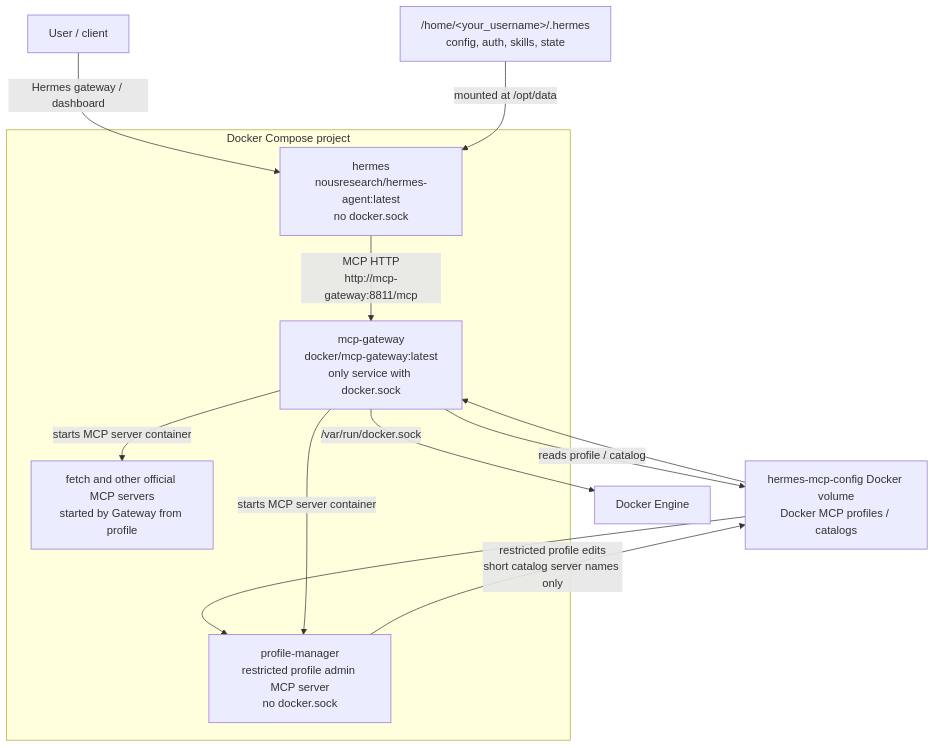
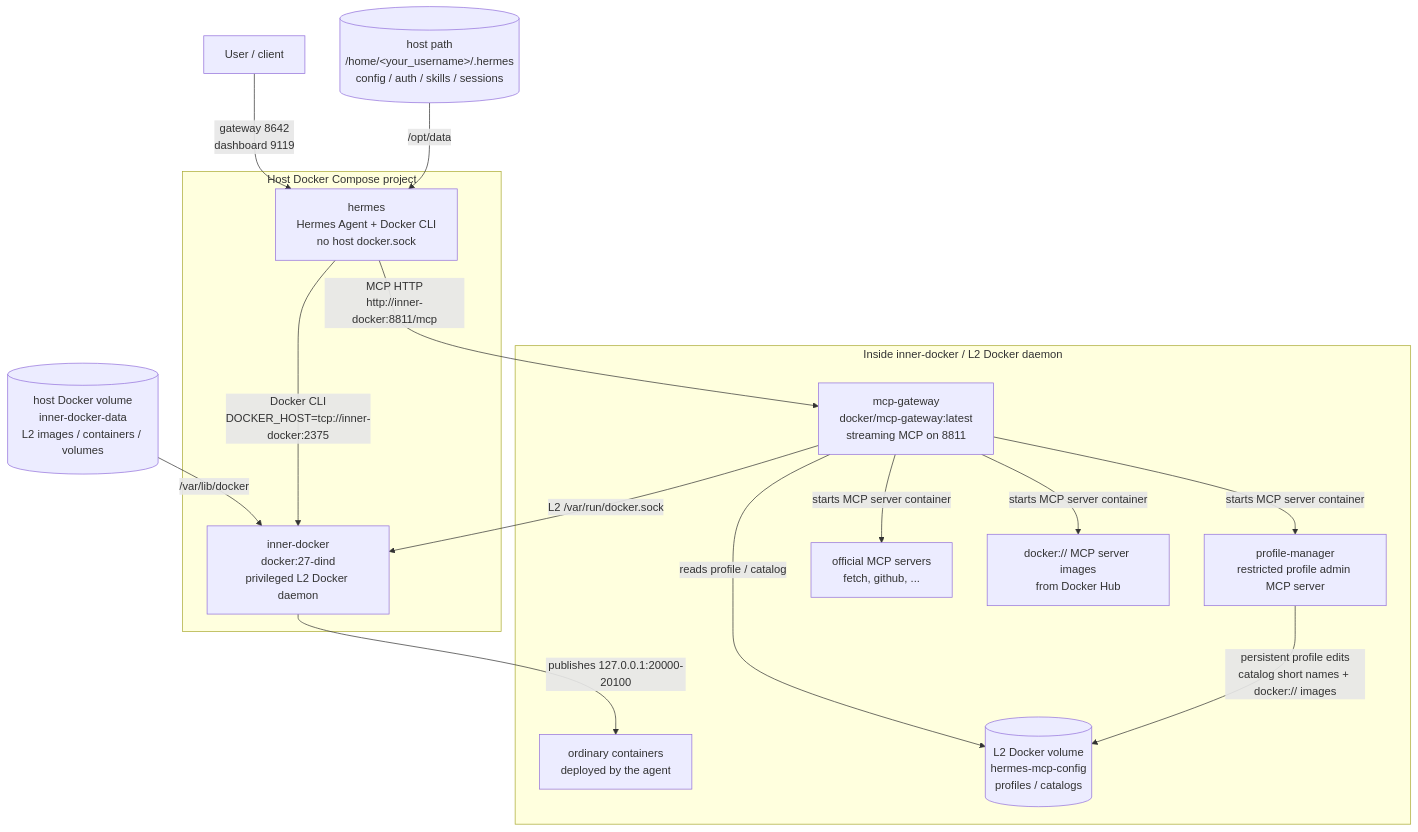
One commit to sekai-dev-team/hermes-docker-deployment changed the diagram in README.md. Above: the diagram before and after it, drawn with Mermaid. The commit also changed other lines of this file and 16 other files, not shown here.

Commit message:
feat: move deployment to inner docker gateway

````diff
--- a/README.md
+++ b/README.md
@@ -7,25 +41,33 @@
 ```mermaid
 flowchart TB
-    User["User / client"] -->|Hermes gateway / dashboard| Hermes
+    User["User / client"] -->|gateway 8642<br/>dashboard 9119| Hermes
 
-    subgraph Compose["Docker Compose project"]
-        Hermes["hermes<br/>nousresearch/hermes-agent:latest<br/>no docker.sock"]
-        Gateway["mcp-gateway<br/>docker/mcp-gateway:latest<br/>only service with docker.sock"]
-        ProfileManager["profile-manager<br/>restricted profile admin MCP server<br/>no docker.sock"]
-        Fetch["fetch and other official MCP servers<br/>started by Gateway from profile"]
+    subgraph Compose["Host Docker Compose project"]
+        Hermes["hermes<br/>Hermes Agent + Docker CLI<br/>no host docker.sock"]
+        InnerDocker["inner-docker<br/>docker:27-dind<br/>privileged L2 Docker daemon"]
     end
 
-    Data["/home/&lt;your_username&gt;/.hermes<br/>config, auth, skills, state"] -->|mounted at /opt/data| Hermes
+    HermesData[("host path<br/>/home/&lt;your_username&gt;/.hermes<br/>config / auth / skills / sessions")] -->|/opt/data| Hermes
+    InnerDockerData[("host Docker volume<br/>inner-docker-data<br/>L2 images / containers / volumes")] -->|/var/lib/docker| InnerDocker
 
-    McpConfig["hermes-mcp-config Docker volume<br/>Docker MCP profiles / catalogs"] --> Gateway
-    McpConfig --> ProfileManager
+    subgraph L2["Inside inner-docker / L2 Docker daemon"]
+        Gateway["mcp-gateway<br/>docker/mcp-gateway:latest<br/>streaming MCP on 8811"]
+        ProfileManager["profile-manager<br/>restricted profile admin MCP server"]
+        McpServers["official MCP servers<br/>fetch, github, ..."]
+        DockerMcpImages["docker:// MCP server images<br/>from Docker Hub"]
+        Workloads["ordinary containers<br/>deployed by the agent"]
+        McpConfig[("L2 Docker volume<br/>hermes-mcp-config<br/>profiles / catalogs")]
+    end
 
-    Hermes -->|MCP HTTP<br/>http://mcp-gateway:8811/mcp| Gateway
+    Hermes -->|Docker CLI<br/>DOCKER_HOST=tcp://inner-docker:2375| InnerDocker
+    Hermes -->|MCP HTTP<br/>http://inner-docker:8811/mcp| Gateway
 
-    Gateway -->|/var/run/docker.sock| Docker["Docker Engine"]
+    Gateway -->|L2 /var/run/docker.sock| InnerDocker
     Gateway -->|reads profile / catalog| McpConfig
     Gateway -->|starts MCP server container| ProfileManager
-    Gateway -->|starts MCP server container| Fetch
+    Gateway -->|starts MCP server container| McpServers
+    Gateway -->|starts MCP server container| DockerMcpImages
+    InnerDocker -->|publishes 127.0.0.1:20000-20100| Workloads
 
-    ProfileManager -->|restricted profile edits<br/>short catalog server names only| McpConfig
+    ProfileManager -->|persistent profile edits<br/>catalog short names + docker:// images| McpConfig
 ```
````
